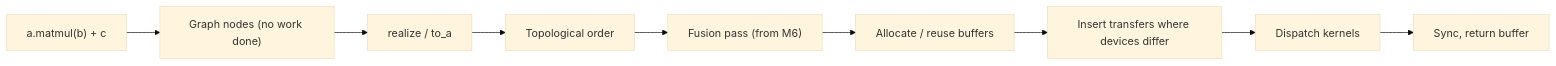
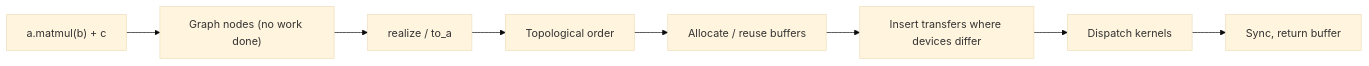
Before and after one commit to nogginly/tensomite.cr: the second of 2 diagrams in PLAN.md, drawn with Mermaid (base theme). The commit also changed other lines of this file, not shown here.

First line of the commit message:
Plan: compile-time kernel macros for fusion (Decision J); confirm E, F, G

````diff
--- a/PLAN.md
+++ b/PLAN.md
@@ -50,11 +51,10 @@
 ```mermaid
 flowchart LR
     Op["a.matmul(b) + c"] --> Node["Graph nodes (no work done)"]
     Node --> Realize["realize / to_a"]
     Realize --> Topo["Topological order"]
-    Topo --> Fuse["Fusion pass (from M6)"]
-    Fuse --> Plan["Allocate / reuse buffers"]
+    Topo --> Plan["Allocate / reuse buffers"]
     Plan --> Xfer["Insert transfers where devices differ"]
     Xfer --> Run["Dispatch kernels"]
     Run --> Sync["Sync, return buffer"]
 ```
````
